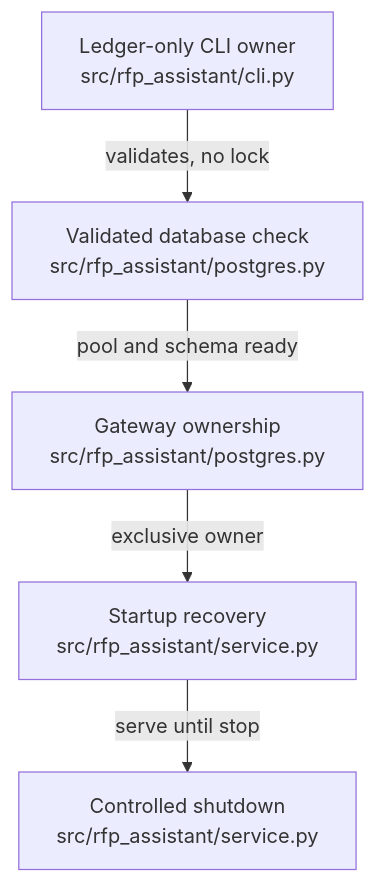
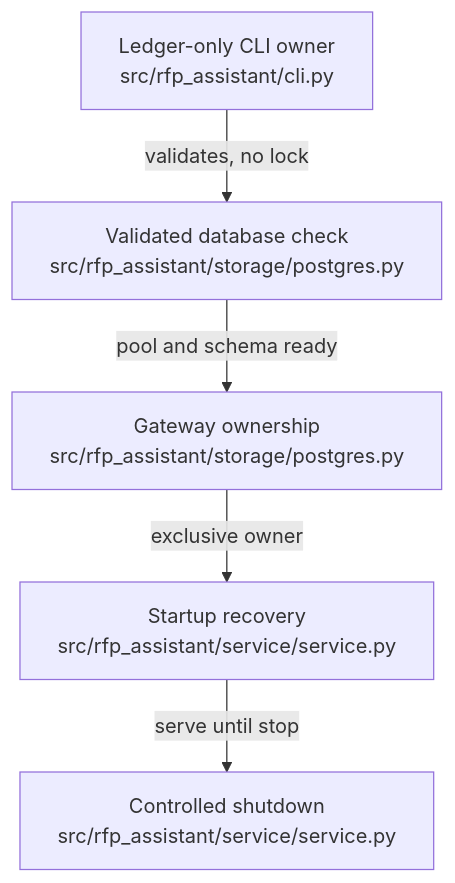
The diagram in .omm/process-lifecycle/diagram.mmd (littleeeeebit/project-codeit-mid), drawn with Mermaid before and after one commit. The commit also changed 13 other files, not shown here.

Commit message:
Name the layer package paths in docs and diagrams

```diff
--- a/.omm/process-lifecycle/diagram.mmd
+++ b/.omm/process-lifecycle/diagram.mmd
@@ -1,5 +1,5 @@
 graph TD
-  startup-validation["Validated database check\nsrc/rfp_assistant/postgres.py"] -->|"pool and schema ready"| gateway-lock["Gateway ownership\nsrc/rfp_assistant/postgres.py"]
-  gateway-lock -->|"exclusive owner"| startup-recovery["Startup recovery\nsrc/rfp_assistant/service.py"]
-  startup-recovery -->|"serve until stop"| controlled-shutdown["Controlled shutdown\nsrc/rfp_assistant/service.py"]
+  startup-validation["Validated database check\nsrc/rfp_assistant/storage/postgres.py"] -->|"pool and schema ready"| gateway-lock["Gateway ownership\nsrc/rfp_assistant/storage/postgres.py"]
+  gateway-lock -->|"exclusive owner"| startup-recovery["Startup recovery\nsrc/rfp_assistant/service/service.py"]
+  startup-recovery -->|"serve until stop"| controlled-shutdown["Controlled shutdown\nsrc/rfp_assistant/service/service.py"]
   ledger-only-owner["Ledger-only CLI owner\nsrc/rfp_assistant/cli.py"] -->|"validates, no lock"| startup-validation
```
